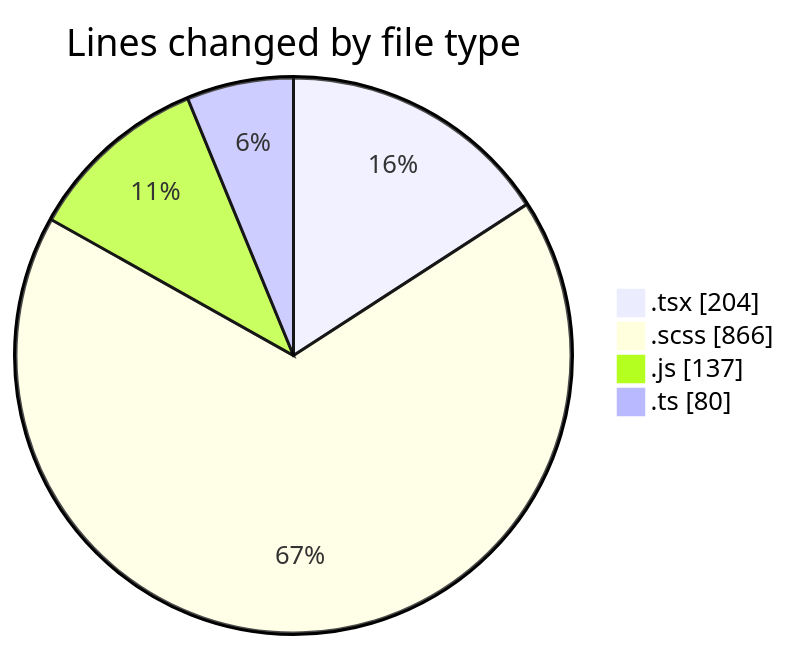
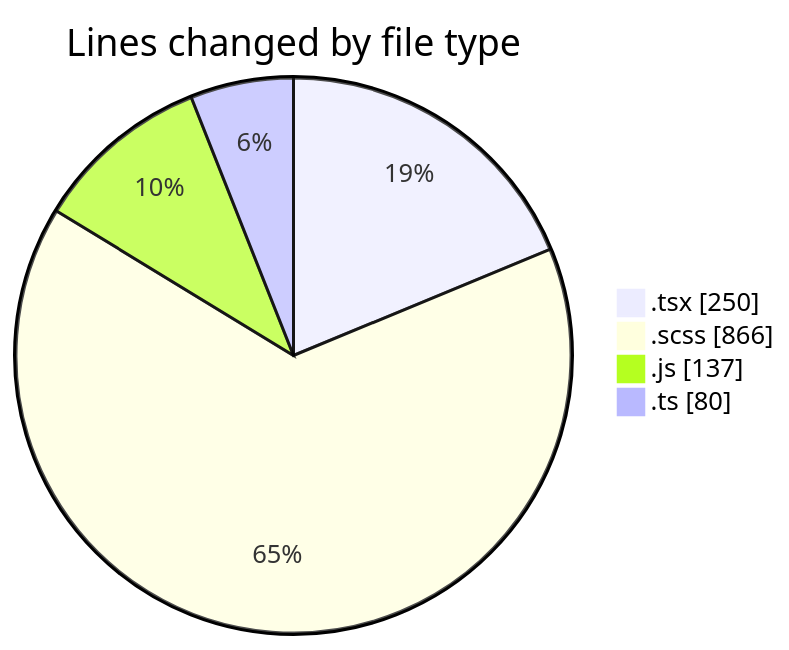
The first of 2 diagrams in 2026-03-25/cda/README.md (momahboobian/code-tracking), drawn with Mermaid before and after one commit. The commit also changed other lines of this file and 1 other file, not shown here.

````diff
--- a/2026-03-25/cda/README.md
+++ b/2026-03-25/cda/README.md
@@ -23,8 +23,8 @@
 ```mermaid
 pie showData
 title Lines changed by file type
-".tsx" : 204
+".tsx" : 250
 ".scss" : 866
 ".js" : 137
 ".ts" : 80
 ```
````
